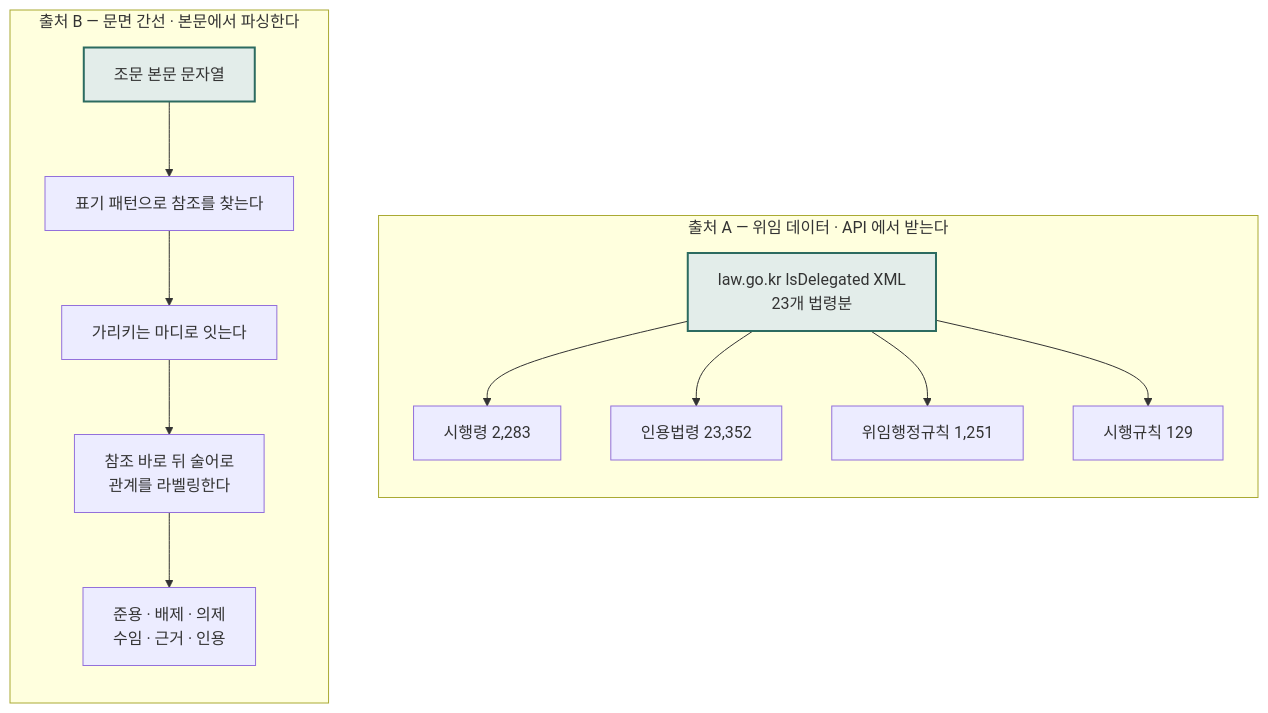
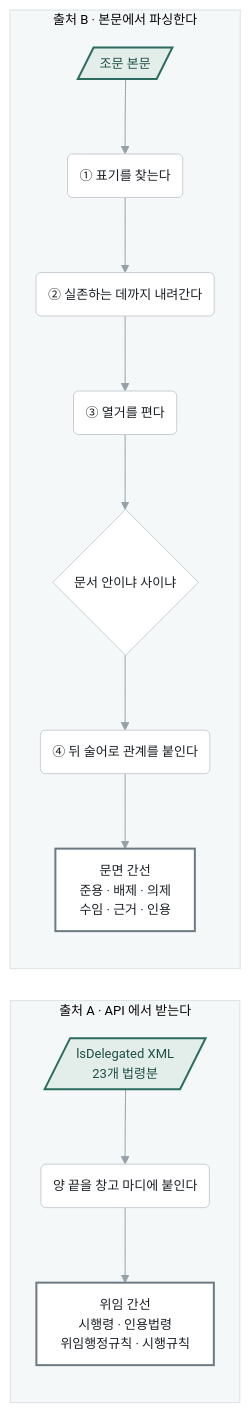
Before and after one commit to Fromson99/8agent: the third of 9 diagrams in docs/ARCH_SYSTEM.md, drawn with Mermaid. The commit also changed other lines of this file and 2 other files, not shown here.

````diff
--- a/docs/ARCH_SYSTEM.md
+++ b/docs/ARCH_SYSTEM.md
@@ -85,21 +90,22 @@
 ```mermaid
-flowchart TB
-  subgraph W1["출처 A — 위임 데이터 · API 에서 받는다"]
+%%{init:{'theme':'base','themeVariables':{'fontFamily':'system-ui, sans-serif','fontSize':'13px','primaryColor':'#FFFFFF','primaryTextColor':'#1B1F24','primaryBorderColor':'#C7CFD3','lineColor':'#96A0A7','secondaryColor':'#F1F4F5','tertiaryColor':'#FAFBFB','clusterBkg':'#F5F8F8','clusterBorder':'#DBE1E3','edgeLabelBackground':'#FCFCFB'},'flowchart':{'curve':'basis','nodeSpacing':32,'rankSpacing':50,'padding':12}}}%%
+flowchart LR
+  subgraph SA["출처 A · API 에서 받는다"]
     direction TB
-    API["law.go.kr lsDelegated XML<br/>23개 법령분"]
-    API --> E1["시행령 2,283"]
-    API --> E2["인용법령 23,352"]
-    API --> E3["위임행정규칙 1,251"]
-    API --> E4["시행규칙 129"]
+    API[/"lsDelegated XML<br/>23개 법령분"/] --> AR("양 끝을 창고 마디에 붙인다")
+    AR --> AO["위임 간선<br/>시행령 · 인용법령<br/>위임행정규칙 · 시행규칙"]
   end
-  subgraph W2["출처 B — 문면 간선 · 본문에서 파싱한다"]
+  subgraph SB["출처 B · 본문에서 파싱한다"]
     direction TB
-    TXT["조문 본문 문자열"]
-    TXT --> P1["표기 패턴으로 참조를 찾는다"]
-    P1 --> P2["가리키는 마디로 잇는다"]
-    P2 --> P3["참조 바로 뒤 술어로<br/>관계를 라벨링한다"]
-    P3 --> R1["준용 · 배제 · 의제<br/>수임 · 근거 · 인용"]
+    TXT[/"조문 본문"/] --> B1("① 표기를 찾는다")
+    B1 --> B2("② 실존하는 데까지 내려간다")
+    B2 --> B3("③ 열거를 편다")
+    B3 --> B4{"문서 안이냐 사이냐"}
+    B4 --> B5("④ 뒤 술어로 관계를 붙인다")
+    B5 --> BO["문면 간선<br/>준용 · 배제 · 의제<br/>수임 · 근거 · 인용"]
   end
-  style API fill:#E3EDEA,stroke:#2C6B60,stroke-width:2px
-  style TXT fill:#E3EDEA,stroke:#2C6B60,stroke-width:2px
+  style API fill:#E3EDEA,stroke:#2C6B60,stroke-width:2px,color:#1E4F46
+  style TXT fill:#E3EDEA,stroke:#2C6B60,stroke-width:2px,color:#1E4F46
+  style AO fill:#FFFFFF,stroke:#6E7A82,stroke-width:2px
+  style BO fill:#FFFFFF,stroke:#6E7A82,stroke-width:2px
 ```
````
